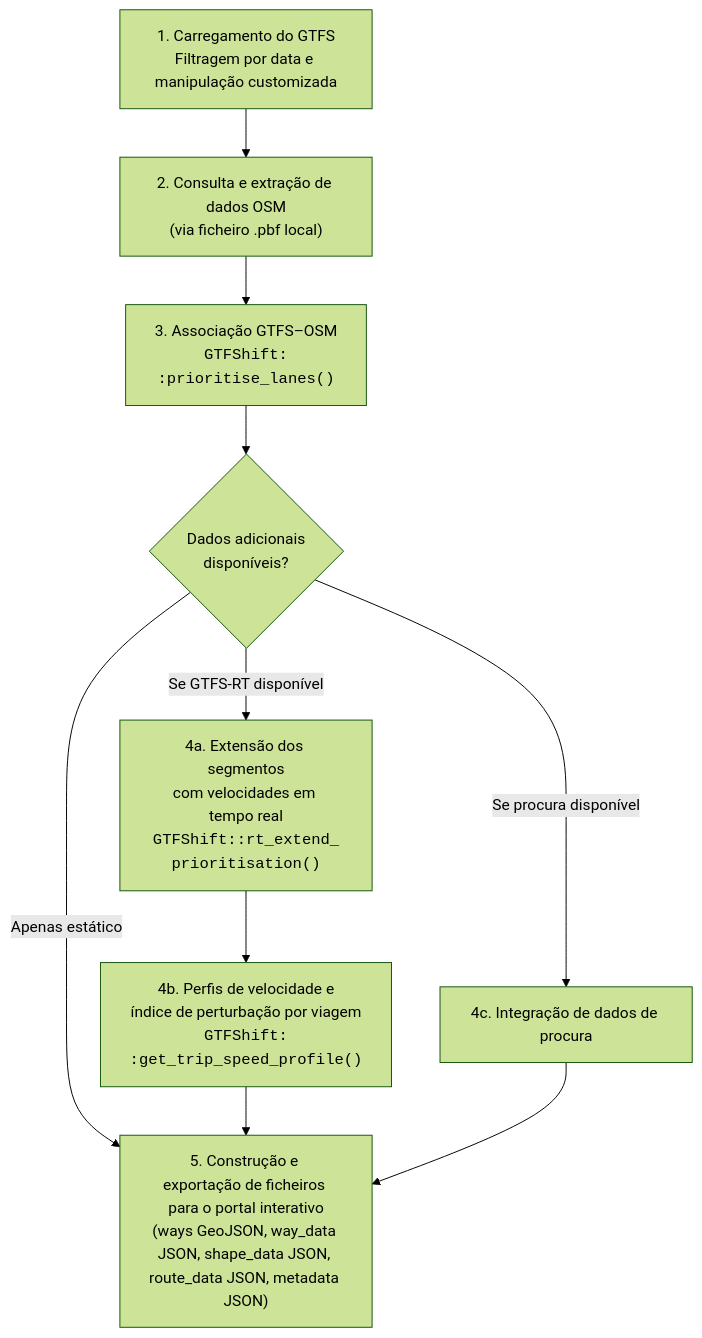
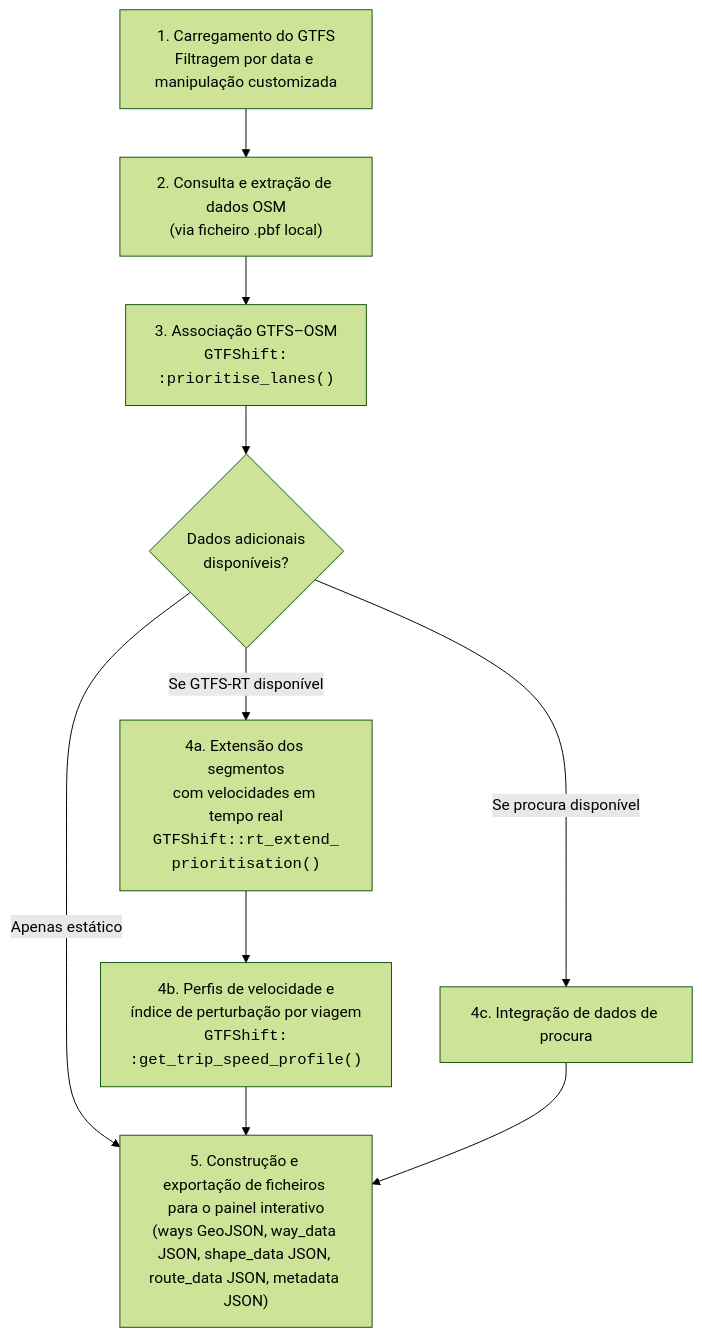
Before and after one commit to U-Shift/GTFShift-DI: the diagram in report/metodologia.qmd, drawn with Mermaid (forest theme). The commit also changed other lines of this file and 6 other files, not shown here.

````diff
--- a/report/metodologia.qmd
+++ b/report/metodologia.qmd
@@ -11,18 +11,18 @@
 ```{mermaid}
 %%| label: fig-pipeline-flow
 %%| fig-cap: "Fluxo de processamento e execução da metodologia no script prioritise.R"
 flowchart TD
     A["1. Carregamento do GTFS<br/>Filtragem por data e manipulação customizada"] --> B["2. Consulta e extração de dados OSM<br/>(via ficheiro .pbf local)"]
     B --> C["3. Associação GTFS–OSM<br/><code>GTFShift:<br/>:prioritise_lanes()</code>"]
     
     C --> D{"Dados adicionais<br/>disponíveis?"}
     
     D -- "Se GTFS-RT disponível" --> E["4a. Extensão dos segmentos<br/>com velocidades em tempo real<br/><code>GTFShift::rt_extend_<br/>prioritisation()</code>"]
     E --> F["4b. Perfis de velocidade e<br/>índice de perturbação por viagem<br/><code>GTFShift:<br/>:get_trip_speed_profile()</code>"]
     
     D -- "Se procura disponível" --> H["4c. Integração de dados de procura"]
     D -- "Apenas estático" --> G
     
-    F --> G["5. Construção e exportação de ficheiros para o portal interativo<br/>(ways GeoJSON, way_data JSON, shape_data JSON, route_data JSON, metadata JSON)"]
+    F --> G["5. Construção e exportação de ficheiros para o painel interativo<br/>(ways GeoJSON, way_data JSON, shape_data JSON, route_data JSON, metadata JSON)"]
     H --> G
 ```
````
